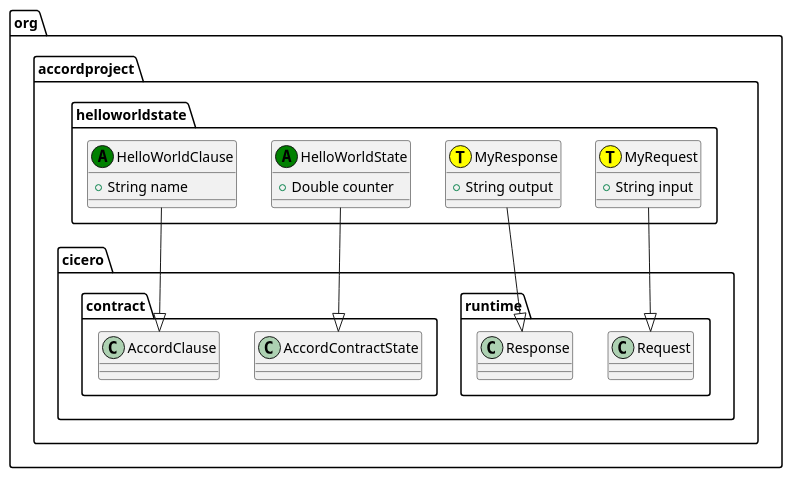
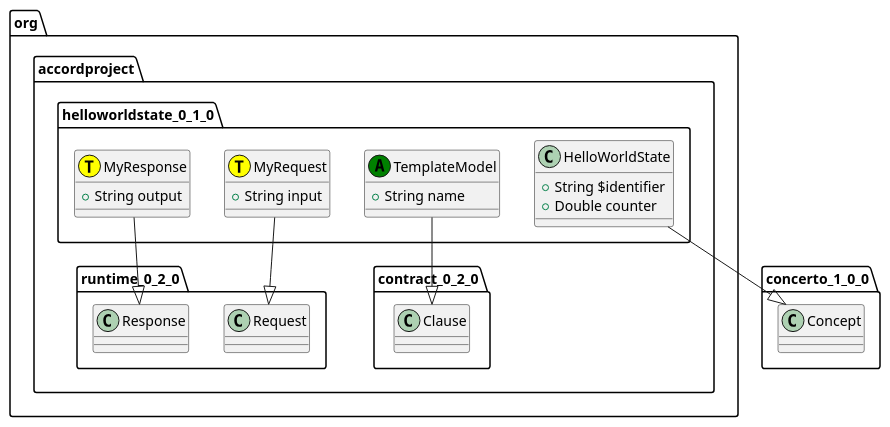
One commit to accordproject/cicero-template-library changed the diagram in build/helloworldstate@0.11.0.puml. Above: the diagram before and after it, drawn with PlantUML. The commit also changed 289 other files, not shown here.

```diff
--- a/build/helloworldstate@0.11.0.puml
+++ b/build/helloworldstate@0.11.0.puml
@@ -1,18 +1,19 @@
 @startuml
-class org.accordproject.helloworldstate.MyRequest << (T,yellow) >> {
+class org.accordproject.helloworldstate_0_1_0.MyRequest << (T,yellow) >> {
    + String input
 }
-org.accordproject.helloworldstate.MyRequest --|> org.accordproject.cicero.runtime.Request
-class org.accordproject.helloworldstate.MyResponse << (T,yellow) >> {
+org.accordproject.helloworldstate_0_1_0.MyRequest --|> org.accordproject.runtime_0_2_0.Request
+class org.accordproject.helloworldstate_0_1_0.MyResponse << (T,yellow) >> {
    + String output
 }
-org.accordproject.helloworldstate.MyResponse --|> org.accordproject.cicero.runtime.Response
-class org.accordproject.helloworldstate.HelloWorldState << (A,green) >> {
+org.accordproject.helloworldstate_0_1_0.MyResponse --|> org.accordproject.runtime_0_2_0.Response
+class org.accordproject.helloworldstate_0_1_0.HelloWorldState {
+   + String $identifier
    + Double counter
 }
-org.accordproject.helloworldstate.HelloWorldState --|> org.accordproject.cicero.contract.AccordContractState
-class org.accordproject.helloworldstate.HelloWorldClause << (A,green) >> {
+org.accordproject.helloworldstate_0_1_0.HelloWorldState --|> concerto_1_0_0.Concept
+class org.accordproject.helloworldstate_0_1_0.TemplateModel << (A,green) >> {
    + String name
 }
-org.accordproject.helloworldstate.HelloWorldClause --|> org.accordproject.cicero.contract.AccordClause
+org.accordproject.helloworldstate_0_1_0.TemplateModel --|> org.accordproject.contract_0_2_0.Clause
 @enduml
```
